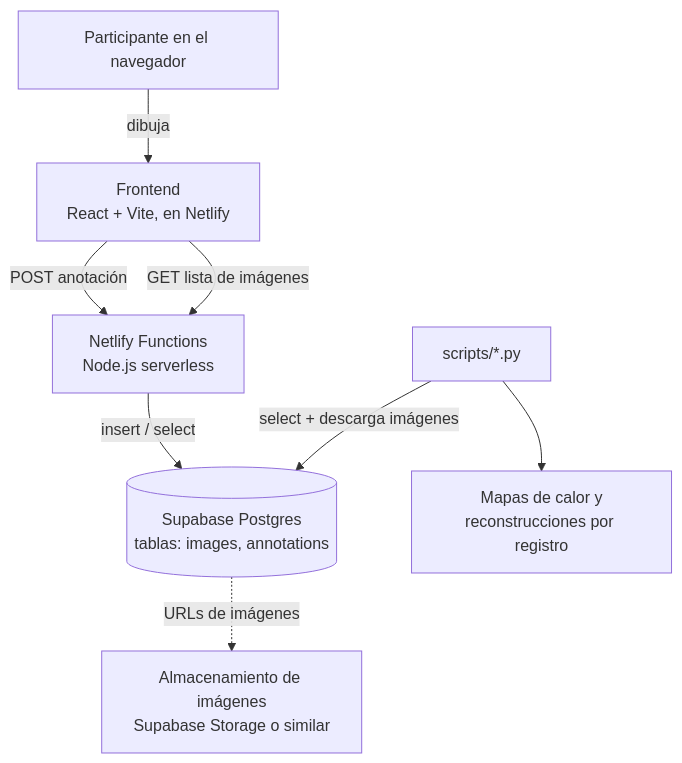
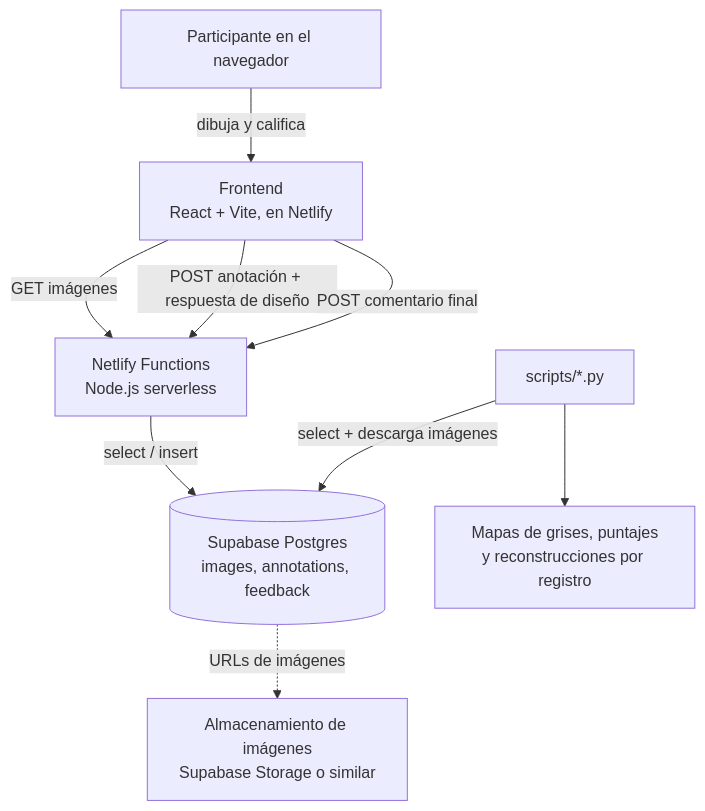
One commit to Menteenblanc0/Saliency changed the diagram in README.md. Above: the diagram before and after it, drawn with Mermaid. The commit also changed other lines of this file and 4 other files, not shown here.

Commit message:
T5: script de puntajes por imagen, README actualizado y lista de verificación final

````diff
--- a/README.md
+++ b/README.md
@@ -10,10 +14,11 @@
 ```mermaid
 flowchart TD
-    A[Participante en el navegador] -->|dibuja| B[Frontend<br/>React + Vite, en Netlify]
-    B -->|POST anotación| C[Netlify Functions<br/>Node.js serverless]
-    B -->|GET lista de imágenes| C
-    C -->|insert / select| D[(Supabase Postgres<br/>tablas: images, annotations)]
+    A[Participante en el navegador] -->|dibuja y califica| B[Frontend<br/>React + Vite, en Netlify]
+    B -->|GET imágenes| C[Netlify Functions<br/>Node.js serverless]
+    B -->|POST anotación + respuesta de diseño| C
+    B -->|POST comentario final| C
+    C -->|select / insert| D[(Supabase Postgres<br/>images, annotations, feedback)]
     D -.URLs de imágenes.-> E[Almacenamiento de imágenes<br/>Supabase Storage o similar]
     F[scripts/*.py] -->|select + descarga imágenes| D
-    F --> G[Mapas de calor y<br/>reconstrucciones por registro]
+    F --> G[Mapas de grises, puntajes<br/>y reconstrucciones por registro]
 ```
````
